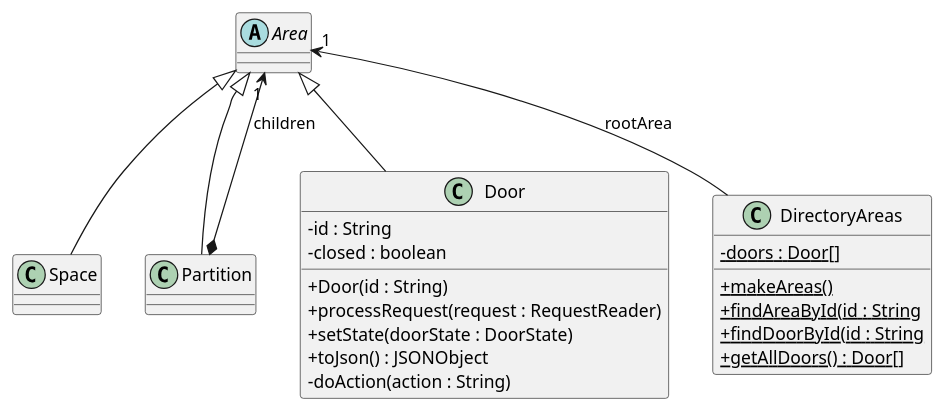
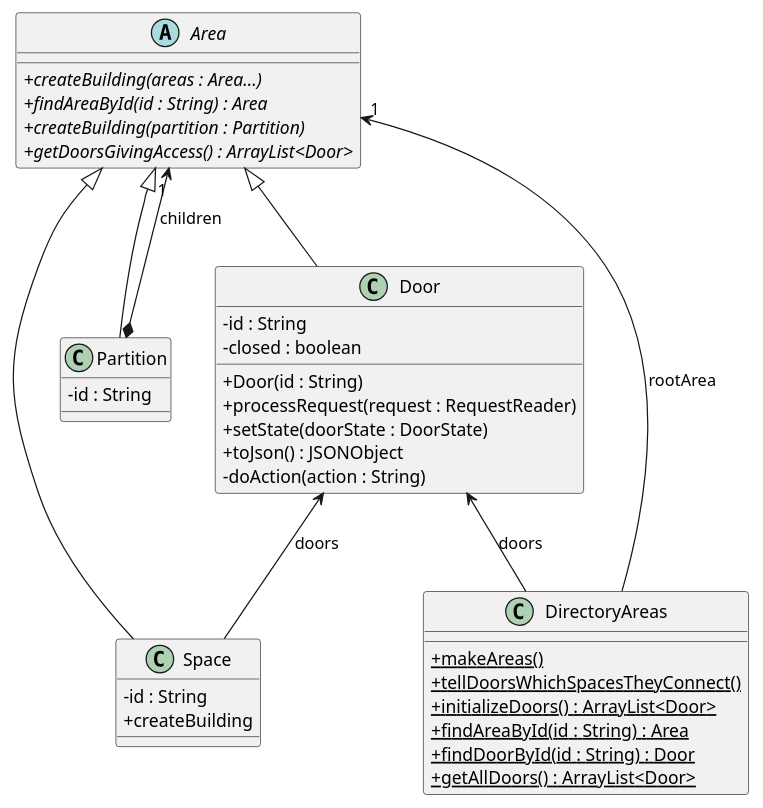
One commit to alexuab69/PracticaDS changed the diagram in src/baseNoStates/uml/partitions.puml. Above: the diagram before and after it, drawn with PlantUML. The commit also changed 6 other files, not shown here.

Commit message:
+ Comentarios ingles + Correcciones + Uml

```diff
--- a/src/baseNoStates/uml/partitions.puml
+++ b/src/baseNoStates/uml/partitions.puml
@@ -1,45 +1,53 @@
 @startuml
 'https://plantuml.com/sequence-diagram
 skinparam classAttributeIconSize 0
 
 abstract class Area {
-
+    + {abstract} createBuilding(areas : Area...)
+    + {abstract} findAreaById(id : String) : Area
+    + {abstract} createBuilding(partition : Partition)
+    + {abstract} getDoorsGivingAccess() : ArrayList<Door>
 }
 
 class Space {
-
+    - id : String
+    + createBuilding
 }
 
 class Partition {
+    - id : String
 
 }
 
 class Door {
     - id : String
     - closed : boolean
     + Door(id : String)
     + processRequest(request : RequestReader)
     + setState(doorState : DoorState)
     + toJson() : JSONObject
     '+ toString() : String
     '+ isClosed() :boolean
     '+ setClosed(b : boolean)
     '+ getStateName() : String
     - doAction(action : String)
 }
 
 class DirectoryAreas {
-    - {static} doors : Door[]
     + {static} makeAreas()
-    + {static} findAreaById(id : String
-    + {static} findDoorById(id : String
-    + {static} getAllDoors() : Door[]
+    + {static} tellDoorsWhichSpacesTheyConnect()
+    + {static} initializeDoors() : ArrayList<Door>
+    + {static} findAreaById(id : String) : Area
+    + {static} findDoorById(id : String) : Door
+    + {static} getAllDoors() : ArrayList<Door>
 }
 
 Area "1" <-- DirectoryAreas : "rootArea"
 Area <|-- Partition
 Area <|-- Space
 Area <|-- Door
 Partition *--> "1" Area : "children"
+Door  <--  Space : doors
+Door  <--  DirectoryAreas : doors
 
 @enduml
```
